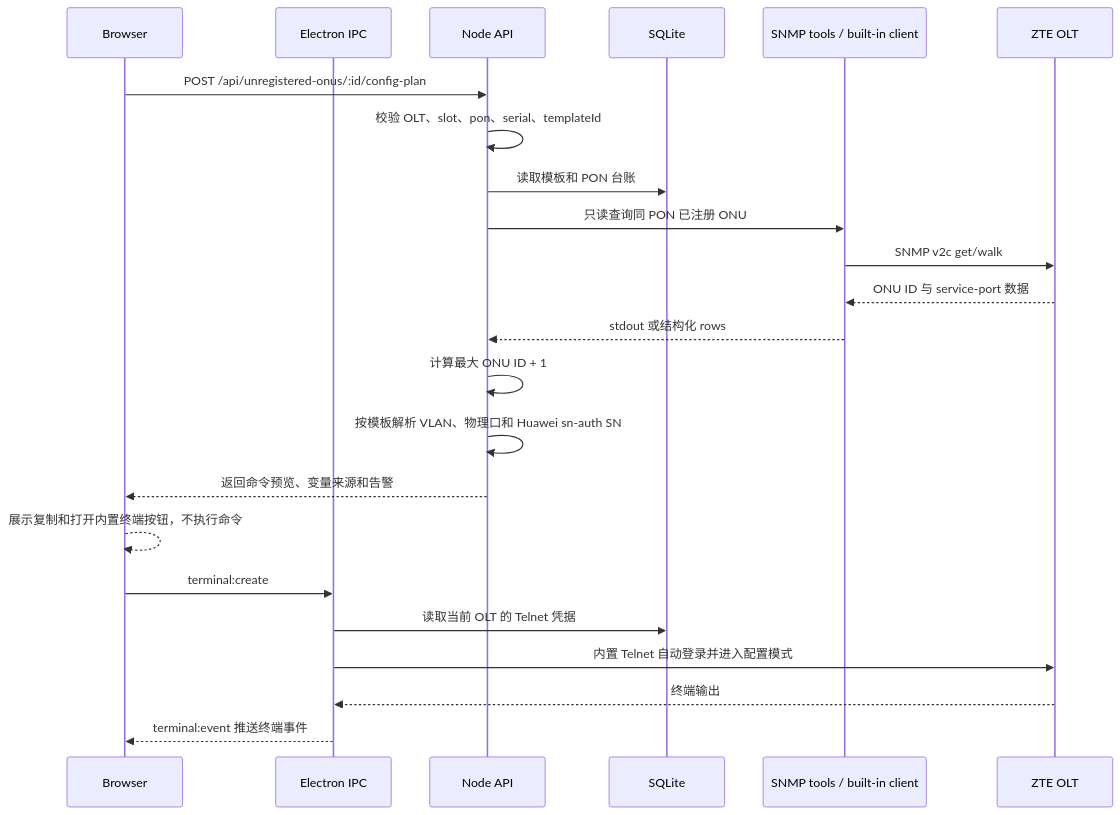
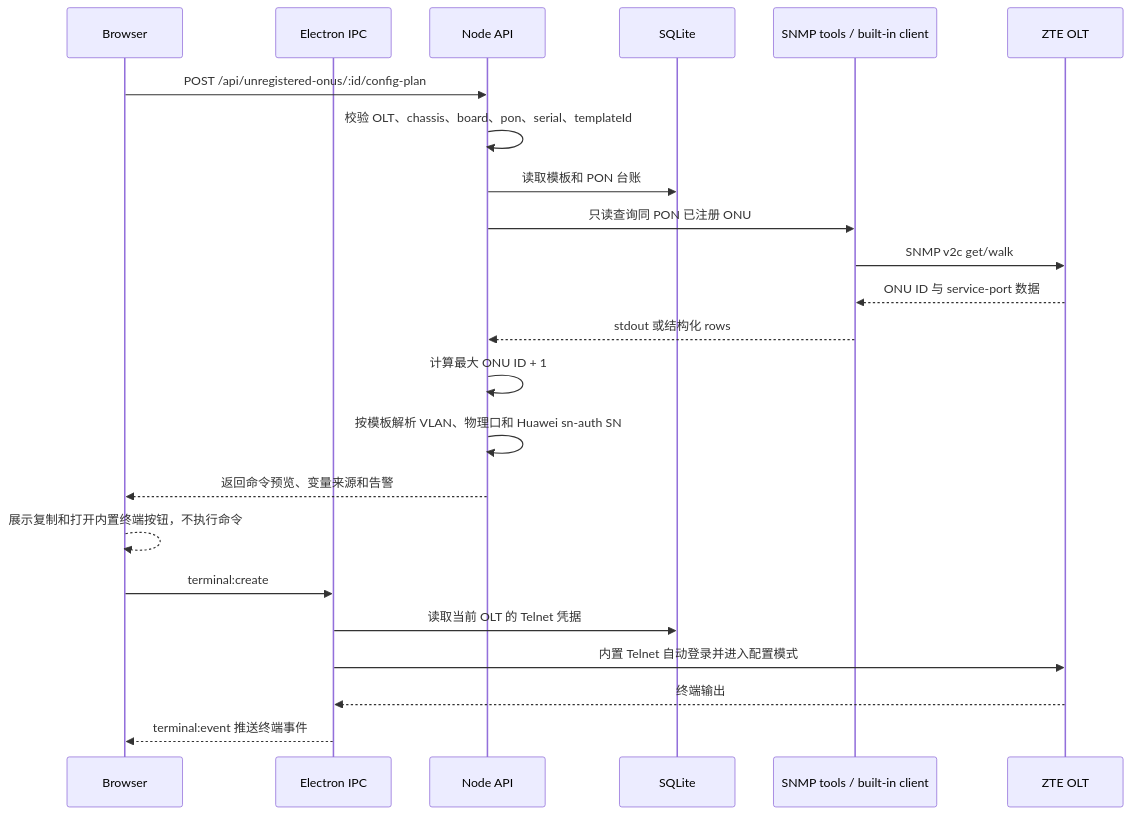
Before and after one commit to landvd/OLT-Manager: the fifth of 7 diagrams in docs/design/sequence.md, drawn with Mermaid. The commit also changed other lines of this file and 18 other files, not shown here.

````diff
--- a/docs/design/sequence.md
+++ b/docs/design/sequence.md
@@ -96,26 +96,26 @@
 ```mermaid
 sequenceDiagram
   participant Browser as Browser
   participant Electron as Electron IPC
   participant API as Node API
   participant DB as SQLite
   participant SNMP as SNMP tools / built-in client
   participant OLT as ZTE OLT
 
   Browser->>API: POST /api/unregistered-onus/:id/config-plan
-  API->>API: 校验 OLT、slot、pon、serial、templateId
+  API->>API: 校验 OLT、chassis、board、pon、serial、templateId
   API->>DB: 读取模板和 PON 台账
   API->>SNMP: 只读查询同 PON 已注册 ONU
   SNMP->>OLT: SNMP v2c get/walk
   OLT-->>SNMP: ONU ID 与 service-port 数据
   SNMP-->>API: stdout 或结构化 rows
   API->>API: 计算最大 ONU ID + 1
   API->>API: 按模板解析 VLAN、物理口和 Huawei sn-auth SN
   API-->>Browser: 返回命令预览、变量来源和告警
   Browser-->>Browser: 展示复制和打开内置终端按钮，不执行命令
   Browser->>Electron: terminal:create
   Electron->>DB: 读取当前 OLT 的 Telnet 凭据
   Electron->>OLT: 内置 Telnet 自动登录并进入配置模式
   OLT-->>Electron: 终端输出
   Electron-->>Browser: terminal:event 推送终端事件
 ```
````
